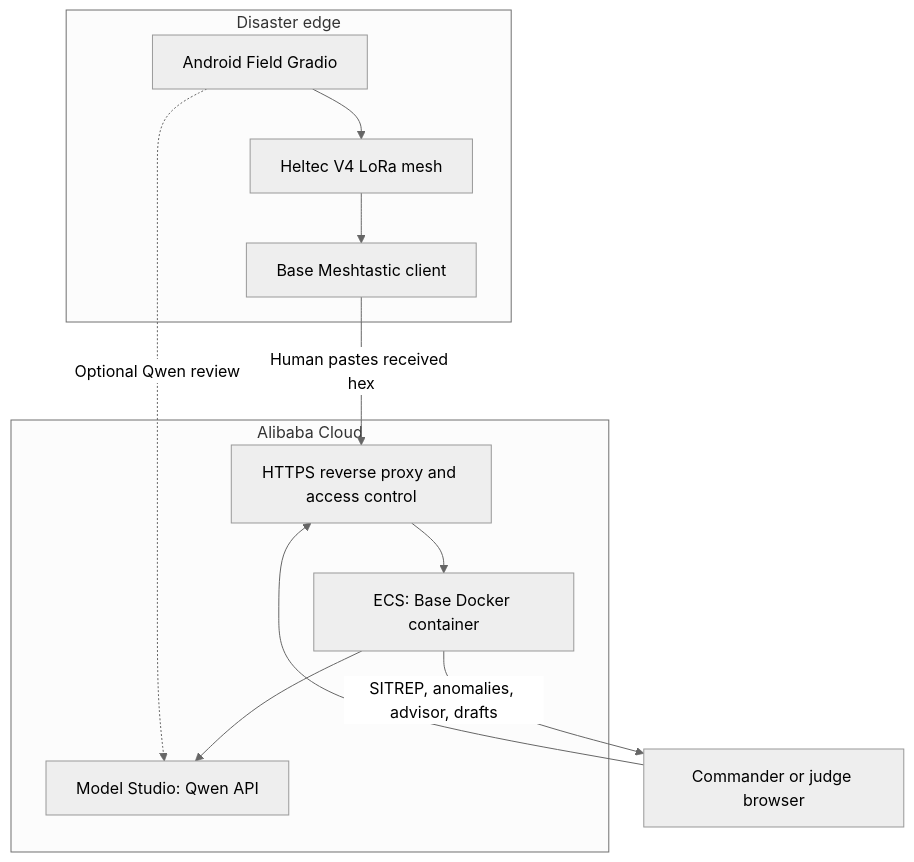
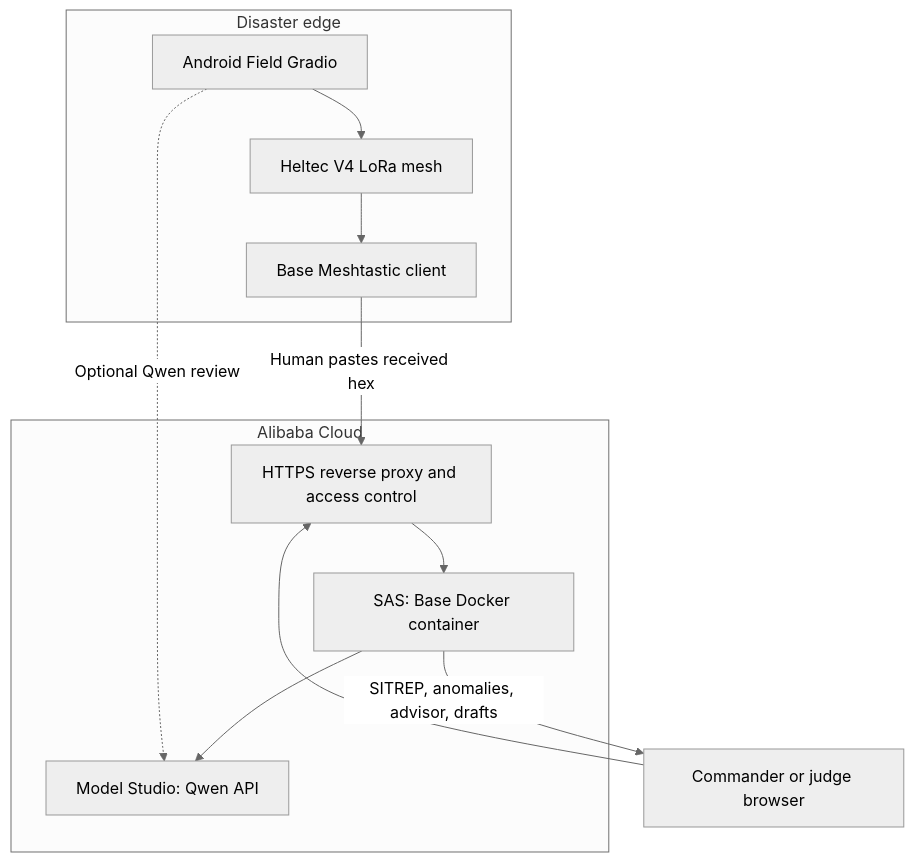
The diagram in docs/ALIBABA_CLOUD.md (davidlueng986-alt/EmergencyNet-Qwen-Hackathon-), drawn with Mermaid (neutral theme) before and after one commit. The commit also changed other lines of this file, not shown here.

Commit message:
Update ECS references to SAS in documentation

````diff
--- a/docs/ALIBABA_CLOUD.md
+++ b/docs/ALIBABA_CLOUD.md
@@ -23,21 +23,21 @@
 ```mermaid
 flowchart TB
     subgraph DisasterEdge["Disaster edge"]
         Field["Android Field Gradio"]
         Mesh["Heltec V4 LoRa mesh"]
         Receiver["Base Meshtastic client"]
         Field --> Mesh
         Mesh --> Receiver
     end
     subgraph AlibabaCloud["Alibaba Cloud"]
         Proxy["HTTPS reverse proxy and access control"]
-        ECS["ECS: Base Docker container"]
+        SAS["SAS: Base Docker container"]
         Qwen["Model Studio: Qwen API"]
-        Proxy --> ECS
-        ECS --> Qwen
+        Proxy --> SAS
+        SAS --> Qwen
     end
     Receiver -->|"Human pastes received hex"| Proxy
     Commander["Commander or judge browser"] --> Proxy
     Field -. "Optional Qwen review" .-> Qwen
-    ECS -->|"SITREP, anomalies, advisor, drafts"| Commander
+    SAS -->|"SITREP, anomalies, advisor, drafts"| Commander
 ```
````
